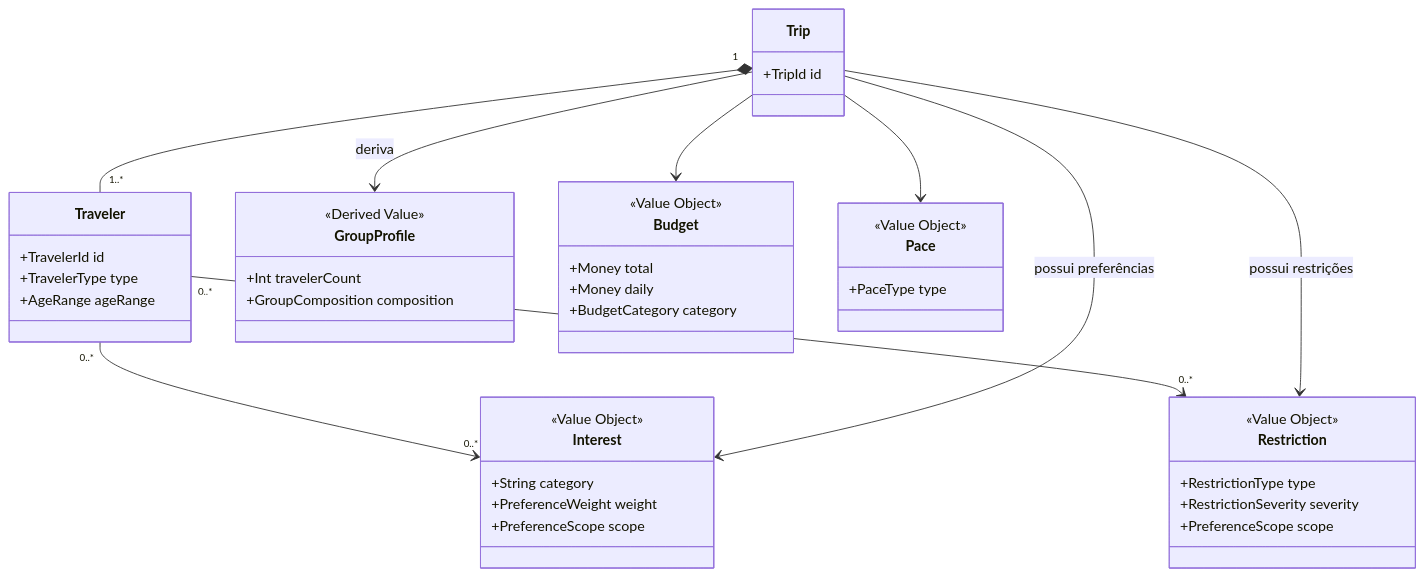
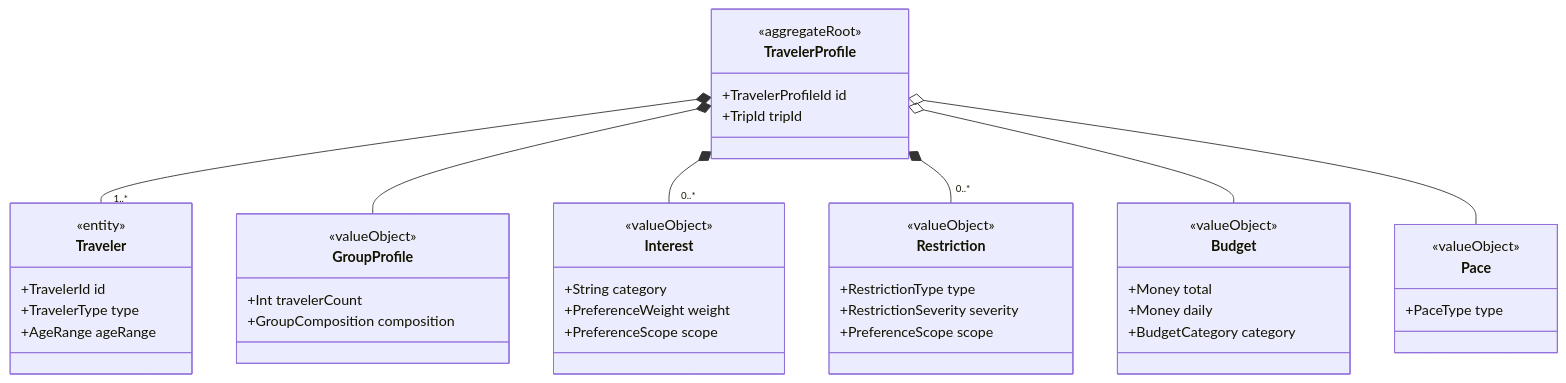
Before and after one commit to collapsy/Routebook: the eighth of 17 diagrams in docs/domain/domain-model.md, drawn with Mermaid. The commit also changed other lines of this file and 1 other file, not shown here.

````diff
--- a/docs/domain/domain-model.md
+++ b/docs/domain/domain-model.md
@@ -1681,53 +1308,54 @@
-```mermaid id="f5609g"
+```mermaid
 classDiagram
-    class Trip {
-        +TripId id
+    class TravelerProfile {
+        <<aggregateRoot>>
+        +TravelerProfileId id
+        +TripId tripId
     }
 
     class Traveler {
+        <<entity>>
         +TravelerId id
         +TravelerType type
         +AgeRange ageRange
     }
 
     class GroupProfile {
-        <<Derived Value>>
+        <<valueObject>>
         +Int travelerCount
         +GroupComposition composition
     }
 
     class Interest {
-        <<Value Object>>
+        <<valueObject>>
         +String category
         +PreferenceWeight weight
         +PreferenceScope scope
     }
 
     class Restriction {
-        <<Value Object>>
+        <<valueObject>>
         +RestrictionType type
         +RestrictionSeverity severity
         +PreferenceScope scope
     }
 
     class Budget {
-        <<Value Object>>
+        <<valueObject>>
         +Money total
         +Money daily
         +BudgetCategory category
     }
 
     class Pace {
-        <<Value Object>>
+        <<valueObject>>
         +PaceType type
     }
 
-    Trip "1" *-- "1..*" Traveler
-    Traveler "0..*" --> "0..*" Interest
-    Traveler "0..*" --> "0..*" Restriction
-    Trip --> GroupProfile : deriva
-    Trip --> Interest : possui preferências
-    Trip --> Restriction : possui restrições
-    Trip --> Budget
-    Trip --> Pace
+    TravelerProfile *-- "1..*" Traveler
+    TravelerProfile *-- GroupProfile
+    TravelerProfile *-- "0..*" Interest
+    TravelerProfile *-- "0..*" Restriction
+    TravelerProfile o-- Budget
+    TravelerProfile o-- Pace
 ```
````
